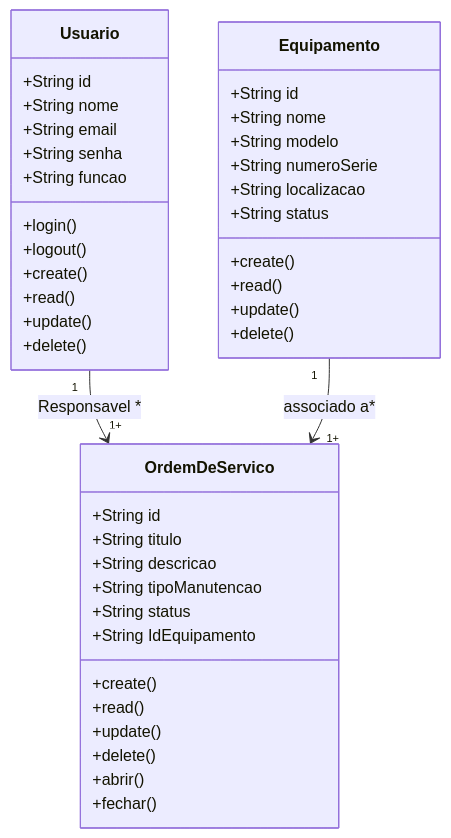
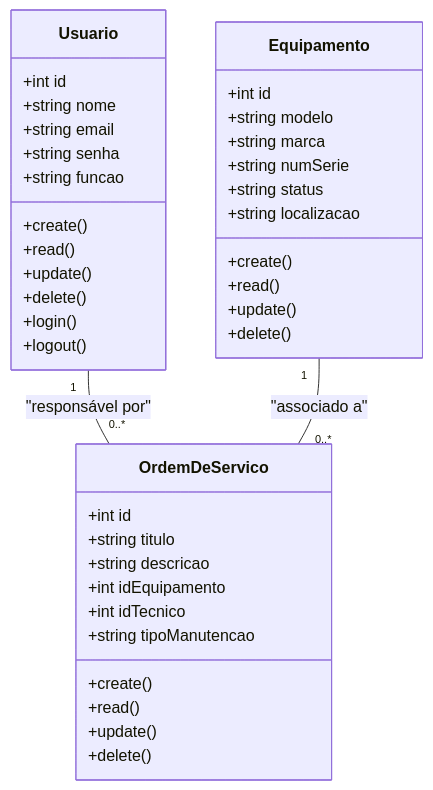
The first of 3 diagrams in FrameWorks/Next/formativa-sgm/README.md (Mathdadz9/CursoFrontEnd), drawn with Mermaid before and after one commit. The commit also changed other lines of this file and 9 other files, not shown here.

````diff
--- a/FrameWorks/Next/formativa-sgm/README.md
+++ b/FrameWorks/Next/formativa-sgm/README.md
@@ -28,49 +34,47 @@
 ```mermaid
 
 classDiagram
-
     class Usuario {
-        +String id
-        +String nome
-        +String email
-        +String senha
-        +String funcao
-        +login()
-        +logout()
+        +int id
+        +string nome
+        +string email
+        +string senha
+        +string funcao
         +create()
         +read()
         +update()
         +delete()
+        +login()
+        +logout()
     }
 
     class Equipamento {
-        +String id
-        +String nome
-        +String modelo
-        +String numeroSerie
-        +String localizacao
-        +String status
+        +int id
+        +string modelo
+        +string marca
+        +string numSerie
+        +string status
+        +string localizacao
         +create()
         +read()
         +update()
         +delete()
     }
 
     class OrdemDeServico {
-        +String id
-        +String titulo
-        +String descricao
-        +String tipoManutencao
-        +String status
-        +String IdEquipamento
+        +int id
+        +string titulo
+        +string descricao
+        +int idEquipamento
+        +int idTecnico
+        +string tipoManutencao
         +create()
         +read()
         +update()
         +delete()
-        +abrir()
-        +fechar()
     }
 
-    Usuario "1" --> "1+" OrdemDeServico : Responsavel *
-    Equipamento "1" --> "1+" OrdemDeServico : associado a*
+    Usuario "1" -- "0..*" OrdemDeServico : "responsável por"
+    Equipamento "1" -- "0..*" OrdemDeServico : "associado a"
+
 ```
````
